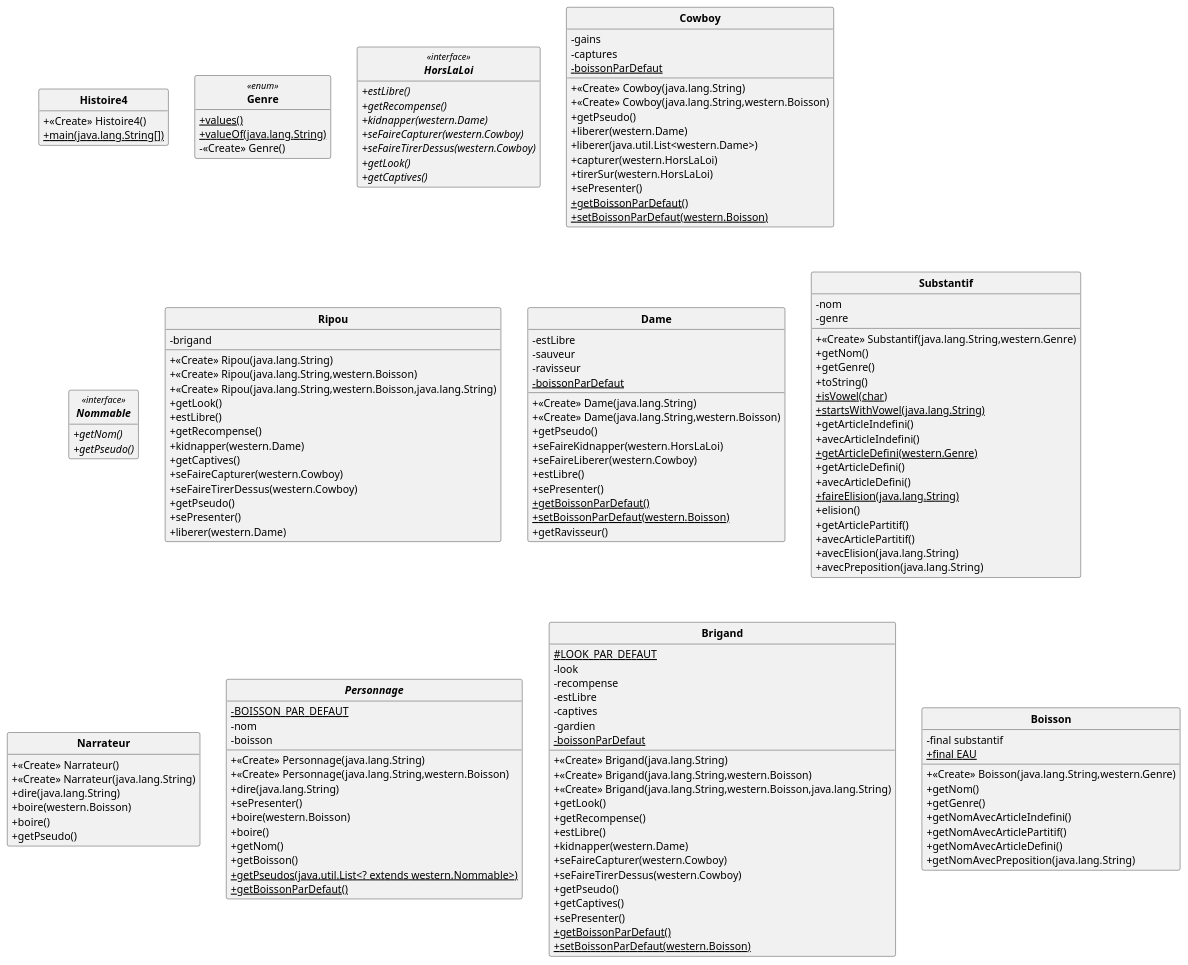
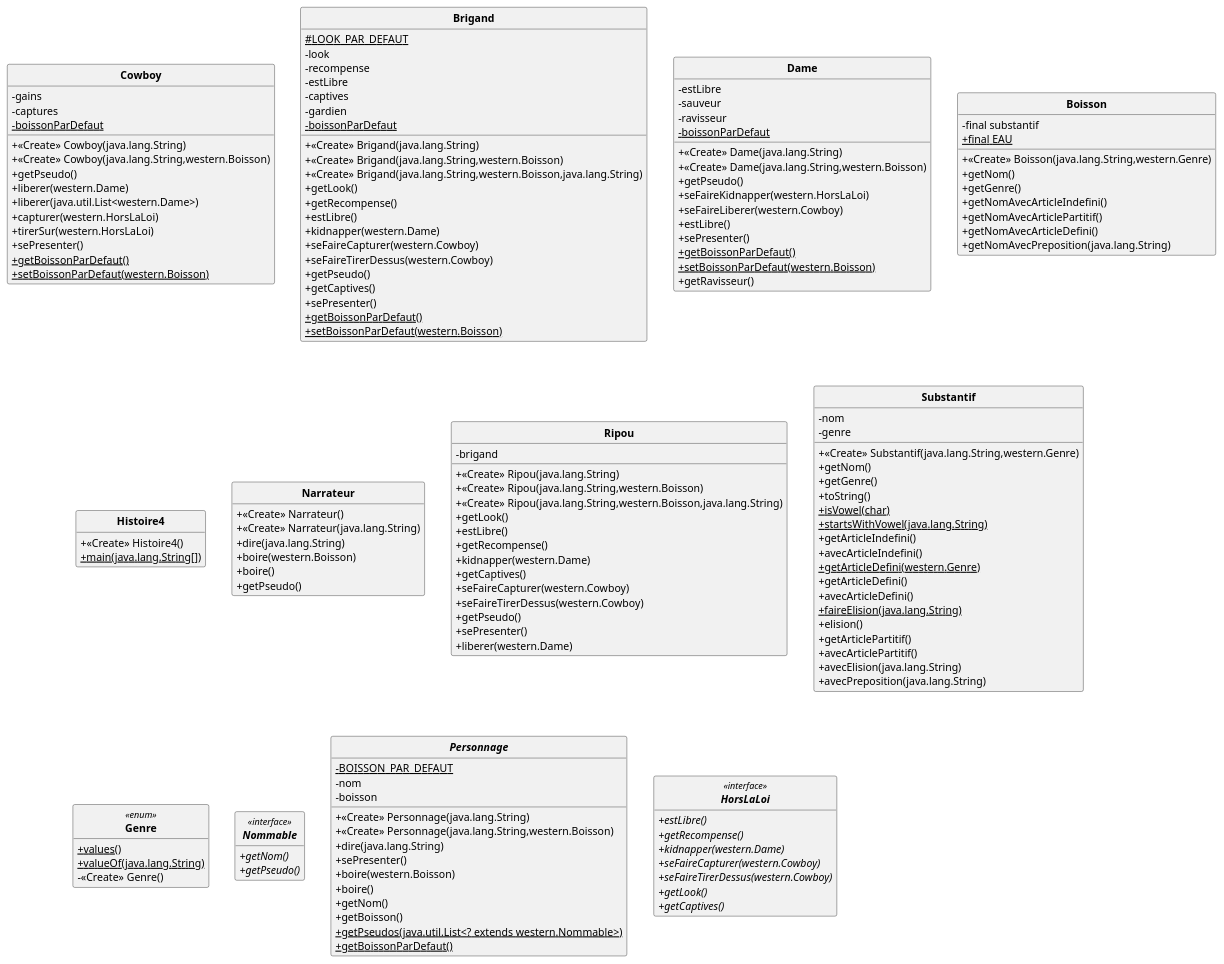
One commit to yassinkioua/Projet-PumlFromJava changed the diagram in western.puml. Above: the diagram before and after it, drawn with PlantUML. The commit also changed other lines of this file and 1 other file, not shown here.

```diff
--- a/western.puml
+++ b/western.puml
@@ -1,166 +1,166 @@
 @startuml
 'https://plantuml.com/class-diagram 
 skinparam classAttributeIconSize 0 
 skinparam classFontStyle Bold
 skinparam style strictuml
 hide empty members
-class Histoire4{ 
-+ <<Create>> Histoire4()
-+ {static} main(java.lang.String[])
-
- } 
-enum Genre <<enum>> { 
-+ {static} values()
-+ {static} valueOf(java.lang.String)
-- <<Create>> Genre()
-
- } 
-interface HorsLaLoi <<interface>> { 
-+ {abstract} estLibre()
-+ {abstract} getRecompense()
-+ {abstract} kidnapper(western.Dame)
-+ {abstract} seFaireCapturer(western.Cowboy)
-+ {abstract} seFaireTirerDessus(western.Cowboy)
-+ {abstract} getLook()
-+ {abstract} getCaptives()
-
- } 
 class Cowboy{ 
 - gains
 - captures
 + <<Create>> Cowboy(java.lang.String)
 + <<Create>> Cowboy(java.lang.String,western.Boisson)
 + getPseudo()
 + liberer(western.Dame)
 + liberer(java.util.List<western.Dame>)
 + capturer(western.HorsLaLoi)
 + tirerSur(western.HorsLaLoi)
 + sePresenter()
 - {static} boissonParDefaut
 + {static} getBoissonParDefaut()
 + {static} setBoissonParDefaut(western.Boisson)
-
- } 
-interface Nommable <<interface>> { 
-+ {abstract} getNom()
-+ {abstract} getPseudo()
-
- } 
-class Ripou{ 
-- brigand
-+ <<Create>> Ripou(java.lang.String)
-+ <<Create>> Ripou(java.lang.String,western.Boisson)
-+ <<Create>> Ripou(java.lang.String,western.Boisson,java.lang.String)
-+ getLook()
-+ estLibre()
-+ getRecompense()
-+ kidnapper(western.Dame)
-+ getCaptives()
-+ seFaireCapturer(western.Cowboy)
-+ seFaireTirerDessus(western.Cowboy)
-+ getPseudo()
-+ sePresenter()
-+ liberer(western.Dame)
-
- } 
-class Dame{ 
-- estLibre
-- sauveur
-- ravisseur
-+ <<Create>> Dame(java.lang.String)
-+ <<Create>> Dame(java.lang.String,western.Boisson)
-+ getPseudo()
-+ seFaireKidnapper(western.HorsLaLoi)
-+ seFaireLiberer(western.Cowboy)
-+ estLibre()
-+ sePresenter()
-- {static} boissonParDefaut
-+ {static} getBoissonParDefaut()
-+ {static} setBoissonParDefaut(western.Boisson)
-+ getRavisseur()
-
- } 
-class Substantif{ 
-- nom
-- genre
-+ <<Create>> Substantif(java.lang.String,western.Genre)
-+ getNom()
-+ getGenre()
-+ toString()
-+ {static} isVowel(char)
-+ {static} startsWithVowel(java.lang.String)
-+ getArticleIndefini()
-+ avecArticleIndefini()
-+ {static} getArticleDefini(western.Genre)
-+ getArticleDefini()
-+ avecArticleDefini()
-+ {static} faireElision(java.lang.String)
-+ elision()
-+ getArticlePartitif()
-+ avecArticlePartitif()
-+ avecElision(java.lang.String)
-+ avecPreposition(java.lang.String)
-
- } 
-class Narrateur{ 
-+ <<Create>> Narrateur()
-+ <<Create>> Narrateur(java.lang.String)
-+ dire(java.lang.String)
-+ boire(western.Boisson)
-+ boire()
-+ getPseudo()
-
- } 
-abstract class Personnage{ 
-- {static} BOISSON_PAR_DEFAUT
-- nom
-- boisson
-+ <<Create>> Personnage(java.lang.String)
-+ <<Create>> Personnage(java.lang.String,western.Boisson)
-+ dire(java.lang.String)
-+ sePresenter()
-+ boire(western.Boisson)
-+ boire()
-+ getNom()
-+ getBoisson()
-+ {static} getPseudos(java.util.List<? extends western.Nommable>)
-+ {static} getBoissonParDefaut()
 
  } 
 class Brigand{ 
 # {static} LOOK_PAR_DEFAUT
 - look
 - recompense
 - estLibre
 - captives
 - gardien
 + <<Create>> Brigand(java.lang.String)
 + <<Create>> Brigand(java.lang.String,western.Boisson)
 + <<Create>> Brigand(java.lang.String,western.Boisson,java.lang.String)
 + getLook()
 + getRecompense()
 + estLibre()
 + kidnapper(western.Dame)
 + seFaireCapturer(western.Cowboy)
 + seFaireTirerDessus(western.Cowboy)
 + getPseudo()
 + getCaptives()
 + sePresenter()
 - {static} boissonParDefaut
 + {static} getBoissonParDefaut()
 + {static} setBoissonParDefaut(western.Boisson)
 
  } 
+class Dame{ 
+- estLibre
+- sauveur
+- ravisseur
++ <<Create>> Dame(java.lang.String)
++ <<Create>> Dame(java.lang.String,western.Boisson)
++ getPseudo()
++ seFaireKidnapper(western.HorsLaLoi)
++ seFaireLiberer(western.Cowboy)
++ estLibre()
++ sePresenter()
+- {static} boissonParDefaut
++ {static} getBoissonParDefaut()
++ {static} setBoissonParDefaut(western.Boisson)
++ getRavisseur()
+
+ } 
 class Boisson{ 
 - final substantif
 + {static} final EAU
 + <<Create>> Boisson(java.lang.String,western.Genre)
 + getNom()
 + getGenre()
 + getNomAvecArticleIndefini()
 + getNomAvecArticlePartitif()
 + getNomAvecArticleDefini()
 + getNomAvecPreposition(java.lang.String)
 
  } 
+class Histoire4{ 
++ <<Create>> Histoire4()
++ {static} main(java.lang.String[])
+
+ } 
+class Narrateur{ 
++ <<Create>> Narrateur()
++ <<Create>> Narrateur(java.lang.String)
++ dire(java.lang.String)
++ boire(western.Boisson)
++ boire()
++ getPseudo()
+
+ } 
+class Ripou{ 
+- brigand
++ <<Create>> Ripou(java.lang.String)
++ <<Create>> Ripou(java.lang.String,western.Boisson)
++ <<Create>> Ripou(java.lang.String,western.Boisson,java.lang.String)
++ getLook()
++ estLibre()
++ getRecompense()
++ kidnapper(western.Dame)
++ getCaptives()
++ seFaireCapturer(western.Cowboy)
++ seFaireTirerDessus(western.Cowboy)
++ getPseudo()
++ sePresenter()
++ liberer(western.Dame)
+
+ } 
+class Substantif{ 
+- nom
+- genre
++ <<Create>> Substantif(java.lang.String,western.Genre)
++ getNom()
++ getGenre()
++ toString()
++ {static} isVowel(char)
++ {static} startsWithVowel(java.lang.String)
++ getArticleIndefini()
++ avecArticleIndefini()
++ {static} getArticleDefini(western.Genre)
++ getArticleDefini()
++ avecArticleDefini()
++ {static} faireElision(java.lang.String)
++ elision()
++ getArticlePartitif()
++ avecArticlePartitif()
++ avecElision(java.lang.String)
++ avecPreposition(java.lang.String)
+
+ } 
+enum Genre <<enum>> { 
++ {static} values()
++ {static} valueOf(java.lang.String)
+- <<Create>> Genre()
+
+ } 
+interface Nommable <<interface>> { 
++ {abstract} getNom()
++ {abstract} getPseudo()
+
+ } 
+abstract class Personnage{ 
+- {static} BOISSON_PAR_DEFAUT
+- nom
+- boisson
++ <<Create>> Personnage(java.lang.String)
++ <<Create>> Personnage(java.lang.String,western.Boisson)
++ dire(java.lang.String)
++ sePresenter()
++ boire(western.Boisson)
++ boire()
++ getNom()
++ getBoisson()
++ {static} getPseudos(java.util.List<? extends western.Nommable>)
++ {static} getBoissonParDefaut()
+
+ } 
+interface HorsLaLoi <<interface>> { 
++ {abstract} estLibre()
++ {abstract} getRecompense()
++ {abstract} kidnapper(western.Dame)
++ {abstract} seFaireCapturer(western.Cowboy)
++ {abstract} seFaireTirerDessus(western.Cowboy)
++ {abstract} getLook()
++ {abstract} getCaptives()
+
+ } 
 @enduml
```
